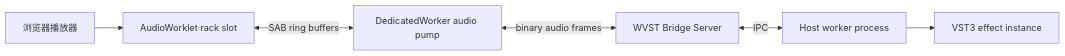
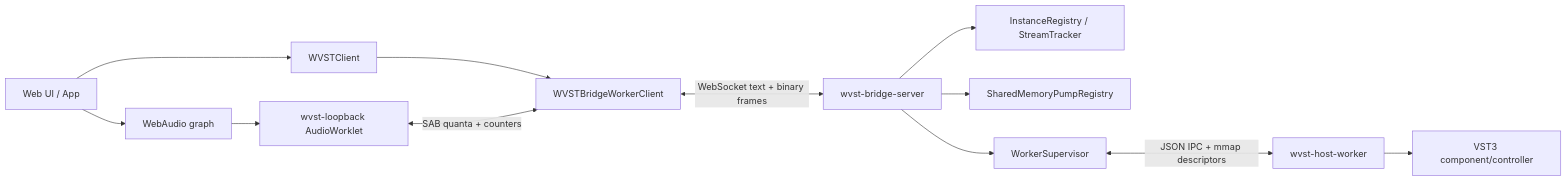
One commit to backrunner/wvst changed the diagram in docs/content/docs/zh/architecture.md. Above: the diagram before and after it, drawn with Mermaid. The commit also changed other lines of this file and 1 other file, not shown here.

Commit message:
docs(docs): document runtime architecture

````diff
--- a/docs/content/docs/zh/architecture.md
+++ b/docs/content/docs/zh/architecture.md
@@ -11,8 +11,14 @@
 ```mermaid
 flowchart LR
-  Player["浏览器播放器"] --> Worklet["AudioWorklet rack slot"]
-  Worklet <-->|SAB ring buffers| Worker["DedicatedWorker audio pump"]
-  Worker <-->|binary audio frames| Bridge["WVST Bridge Server"]
-  Bridge <-->|IPC| Host["Host worker process"]
-  Host --> VST["VST3 effect instance"]
+  UI["Web UI / App"] --> Client["WVSTClient"]
+  UI --> Graph["WebAudio graph"]
+  Graph --> Worklet["wvst-loopback AudioWorklet"]
+  Client --> WorkerClient["WVSTBridgeWorkerClient"]
+  Worklet <-->|SAB quanta + counters| WorkerClient
+  WorkerClient <-->|WebSocket text + binary frames| Bridge["wvst-bridge-server"]
+  Bridge --> Registry["InstanceRegistry / StreamTracker"]
+  Bridge --> Pump["SharedMemoryPumpRegistry"]
+  Bridge --> Supervisor["WorkerSupervisor"]
+  Supervisor <-->|JSON IPC + mmap descriptors| Host["wvst-host-worker"]
+  Host --> VST3["VST3 component/controller"]
 ```
````
